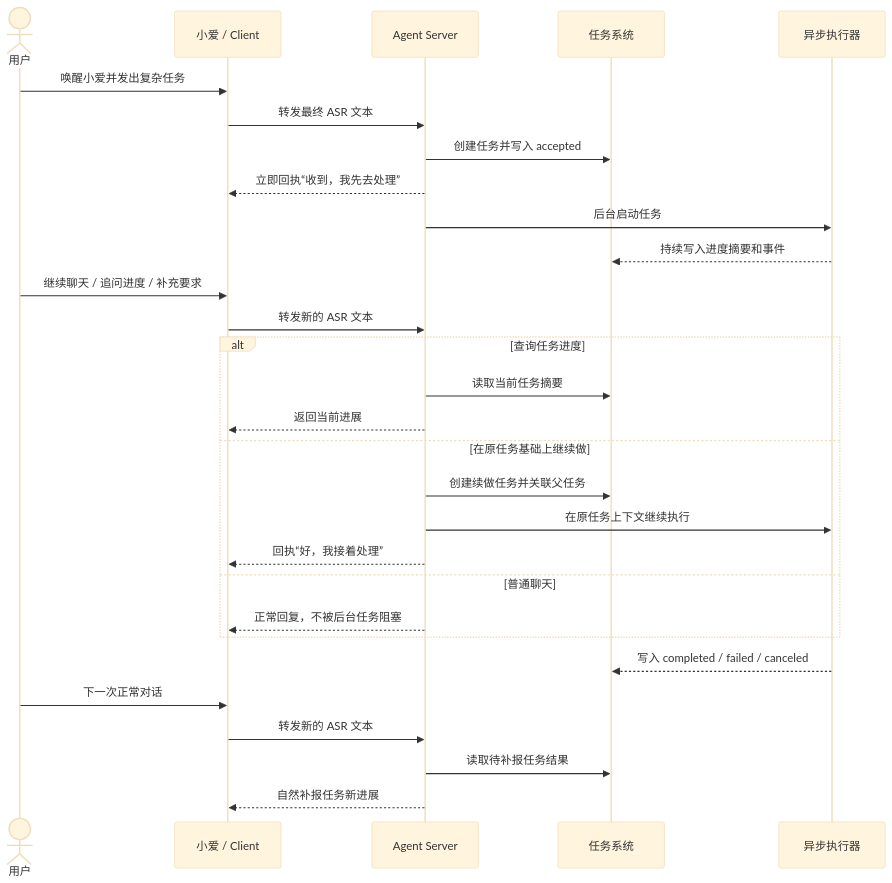
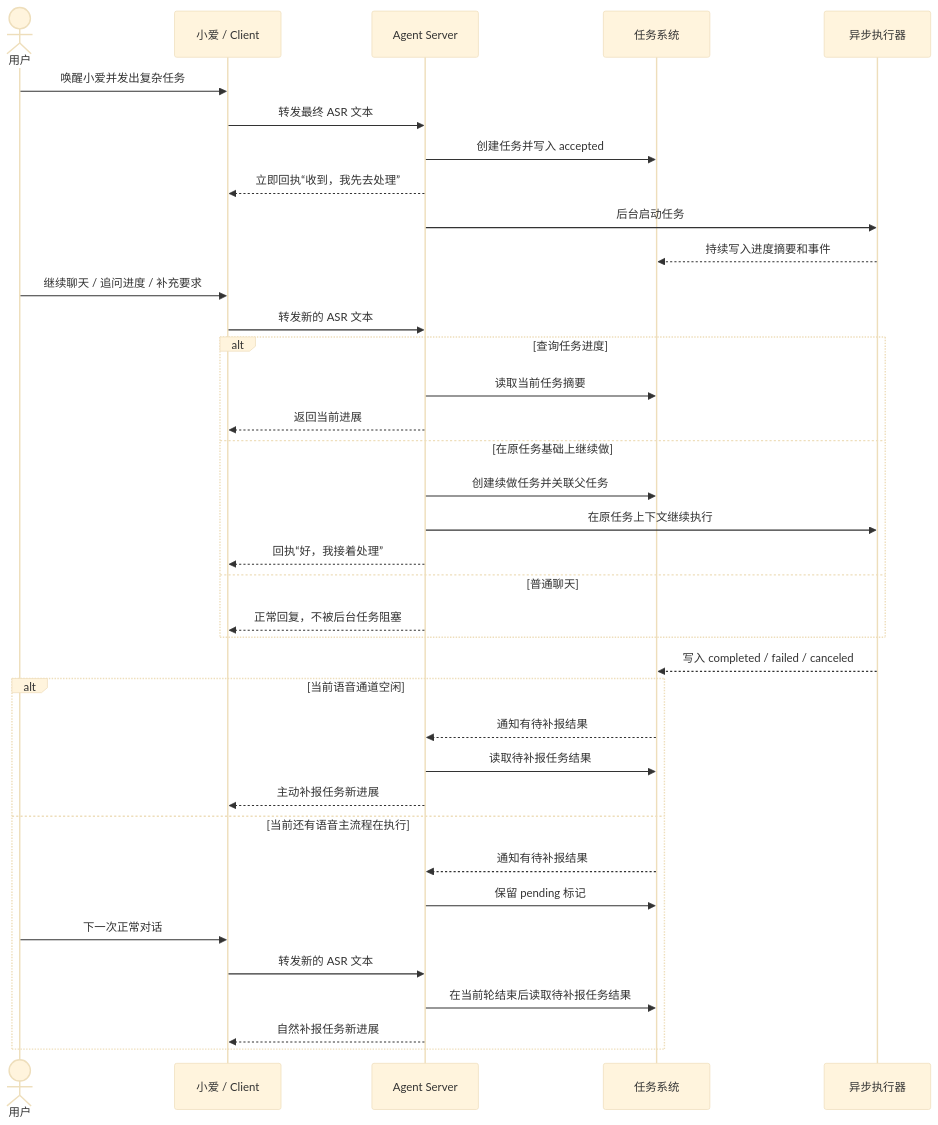
One commit to luoliwoshang/open-xiaoai-agent changed the diagram in docs/async-tasks.md. Above: the diagram before and after it, drawn with Mermaid (base theme). The commit also changed other lines of this file and 11 other files, not shown here.

````diff
--- a/docs/async-tasks.md
+++ b/docs/async-tasks.md
@@ -35,36 +35,44 @@
 ```mermaid
 sequenceDiagram
     actor User as 用户
     participant Device as 小爱 / Client
     participant Agent as Agent Server
     participant Tasks as 任务系统
     participant Runner as 异步执行器
 
     User->>Device: 唤醒小爱并发出复杂任务
     Device->>Agent: 转发最终 ASR 文本
     Agent->>Tasks: 创建任务并写入 accepted
     Agent-->>Device: 立即回执“收到，我先去处理”
     Agent->>Runner: 后台启动任务
     Runner-->>Tasks: 持续写入进度摘要和事件
 
     User->>Device: 继续聊天 / 追问进度 / 补充要求
     Device->>Agent: 转发新的 ASR 文本
 
     alt 查询任务进度
         Agent->>Tasks: 读取当前任务摘要
         Agent-->>Device: 返回当前进展
     else 在原任务基础上继续做
         Agent->>Tasks: 创建续做任务并关联父任务
         Agent->>Runner: 在原任务上下文继续执行
         Agent-->>Device: 回执“好，我接着处理”
     else 普通聊天
         Agent-->>Device: 正常回复，不被后台任务阻塞
     end
 
     Runner-->>Tasks: 写入 completed / failed / canceled
 
-    User->>Device: 下一次正常对话
-    Device->>Agent: 转发新的 ASR 文本
-    Agent->>Tasks: 读取待补报任务结果
-    Agent-->>Device: 自然补报任务新进展
+    alt 当前语音通道空闲
+        Tasks-->>Agent: 通知有待补报结果
+        Agent->>Tasks: 读取待补报任务结果
+        Agent-->>Device: 主动补报任务新进展
+    else 当前还有语音主流程在执行
+        Tasks-->>Agent: 通知有待补报结果
+        Agent->>Tasks: 保留 pending 标记
+        User->>Device: 下一次正常对话
+        Device->>Agent: 转发新的 ASR 文本
+        Agent->>Tasks: 在当前轮结束后读取待补报任务结果
+        Agent-->>Device: 自然补报任务新进展
+    end
 ```
````
